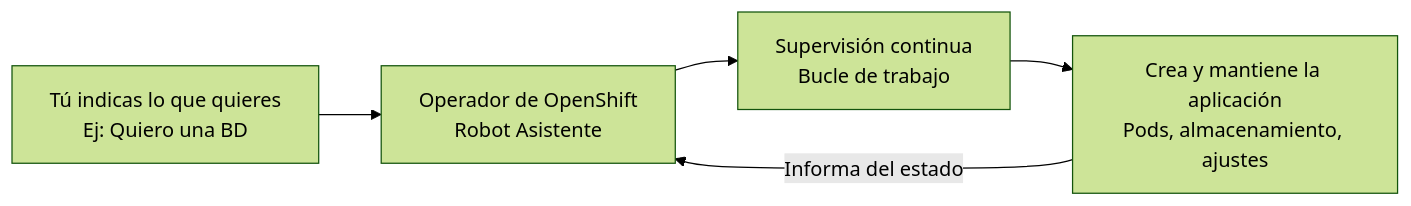
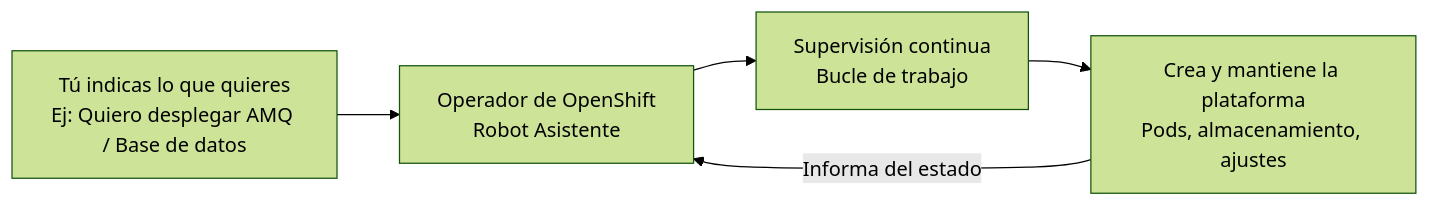
One commit to ieftraining/curso-openshift changed the first of 3 diagrams in docs/sesion3/3.7 Operadores.md. Above: the diagram before and after it, drawn with Mermaid (forest theme). The commit also changed other lines of this file, not shown here.

````diff
--- a/docs/sesion3/3.7 Operadores.md
+++ b/docs/sesion3/3.7 Operadores.md
@@ -27,7 +25,7 @@
 ```mermaid
 flowchart LR
-    A[Tú indicas lo que quieres<br>Ej: Quiero una BD] --> B[Operador de OpenShift<br>Robot Asistente]
+    A[Tú indicas lo que quieres<br>Ej: Quiero desplegar AMQ / Base de datos] --> B[Operador de OpenShift<br>Robot Asistente]
     B --> C[Supervisión continua<br>Bucle de trabajo]
-    C --> D[Crea y mantiene la aplicación<br>Pods, almacenamiento, ajustes]
+    C --> D[Crea y mantiene la plataforma<br>Pods, almacenamiento, ajustes]
     D -->|Informa del estado| B
 ```
````
